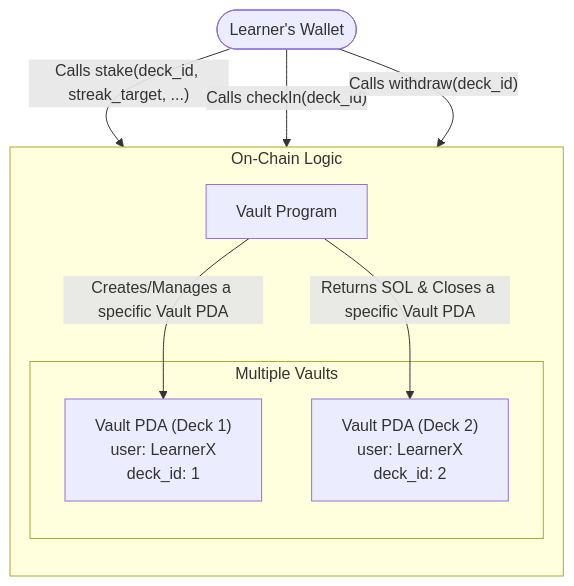
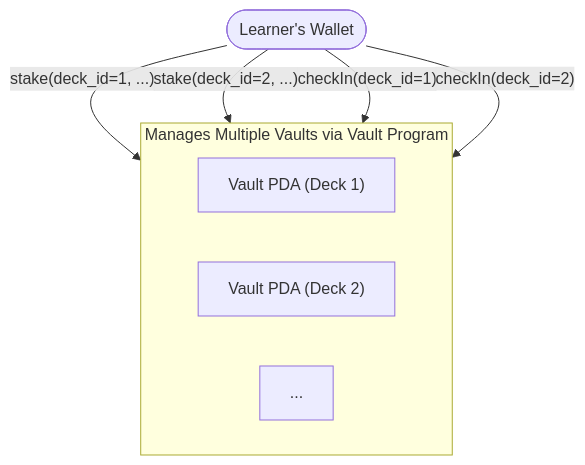
Before and after one commit to indralukmana/turbin3_Q3_indralukmana_capstone: the second of 3 diagrams in docs/v0/06-high-level-overview.md, drawn with Mermaid. The commit also changed other lines of this file, not shown here.

Commit message:
feat: :sparkles: enhance Vault Program documentation with user-to-vault relationship and lifecycle details

````diff
--- a/docs/v0/06-high-level-overview.md
+++ b/docs/v0/06-high-level-overview.md
@@ -27,29 +31,16 @@
 ```mermaid
 graph TD
-    subgraph "On-Chain Logic"
-        direction TB
-        
-        P1[Vault Program]
-        
-      
+    UserWallet([Learner's Wallet])
 
-        subgraph  Multiple Vaults
-            PDA_1["Vault PDA (Deck 1)
-            user: LearnerX
-            deck_id: 1"]
-            PDA_2["Vault PDA (Deck 2)
-            user: LearnerX
-            deck_id: 2"]
-        end
+    subgraph "Manages Multiple Vaults via Vault Program"
+        direction LR
+        VaultPDA1["Vault PDA (Deck 1)"]
+        VaultPDA2["Vault PDA (Deck 2)"]
+        VaultPDA_N["..."]
     end
 
-    UserWallet([Learner's Wallet])
-
-    UserWallet -- "Calls stake(deck_id, streak_target, ...)" --> P1
-    P1 -- "Creates/Manages a specific Vault PDA" --> PDA_1
-    
-    UserWallet -- "Calls checkIn(deck_id)" --> P1
-
-    UserWallet -- "Calls withdraw(deck_id)" --> P1
-    P1 -- "Returns SOL & Closes a specific Vault PDA" --> PDA_2
+    UserWallet -- "stake(deck_id=1, ...)" --> VaultPDA1
+    UserWallet -- "stake(deck_id=2, ...)" --> VaultPDA2
+    UserWallet -- "checkIn(deck_id=1)" --> VaultPDA1
+    UserWallet -- "checkIn(deck_id=2)" --> VaultPDA2
 ```
````
